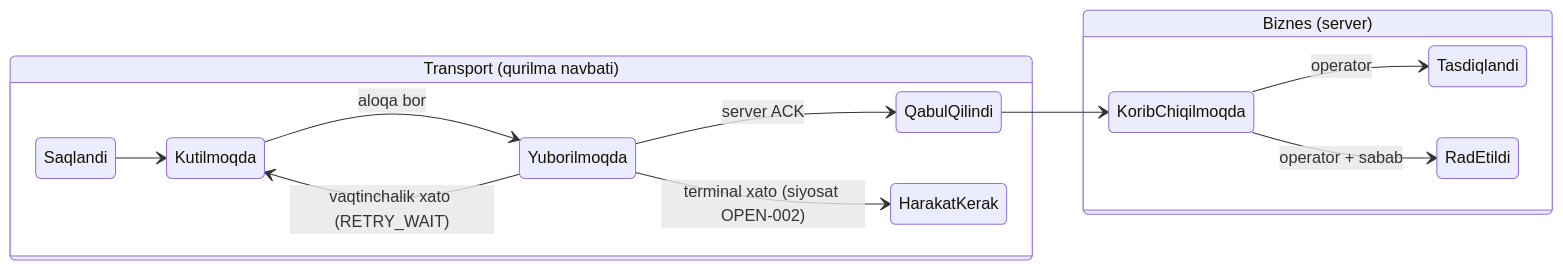
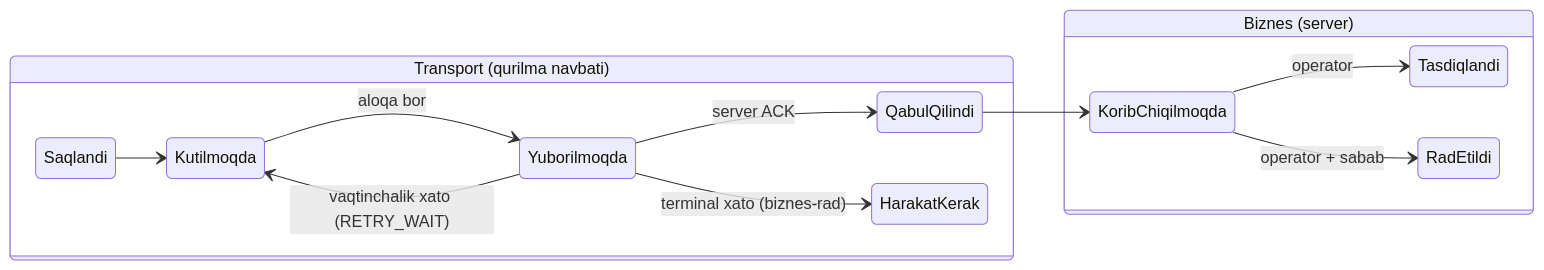
Before and after one commit to isadulla7/logicontrol-docs: the first of 3 diagrams in design/driver/ds-02-reys-va-xarajat.md, drawn with Mermaid. The commit also changed other lines of this file and 7 other files, not shown here.

````diff
--- a/design/driver/ds-02-reys-va-xarajat.md
+++ b/design/driver/ds-02-reys-va-xarajat.md
@@ -64,16 +63,16 @@
 ```mermaid
 stateDiagram-v2
     direction LR
     state "Transport (qurilma navbati)" as T {
         Saqlandi --> Kutilmoqda
         Kutilmoqda --> Yuborilmoqda: aloqa bor
         Yuborilmoqda --> QabulQilindi: server ACK
         Yuborilmoqda --> Kutilmoqda: vaqtinchalik xato (RETRY_WAIT)
-        Yuborilmoqda --> HarakatKerak: terminal xato (siyosat OPEN-002)
+        Yuborilmoqda --> HarakatKerak: terminal xato (biznes-rad)
     }
     state "Biznes (server)" as B {
         KoribChiqilmoqda --> Tasdiqlandi: operator
         KoribChiqilmoqda --> RadEtildi: operator + sabab
     }
     QabulQilindi --> KoribChiqilmoqda
 ```
````
